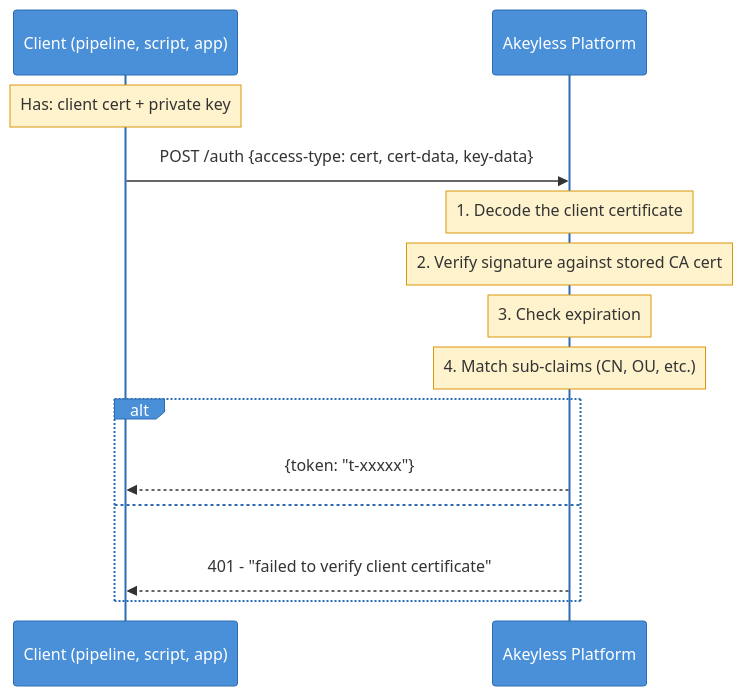
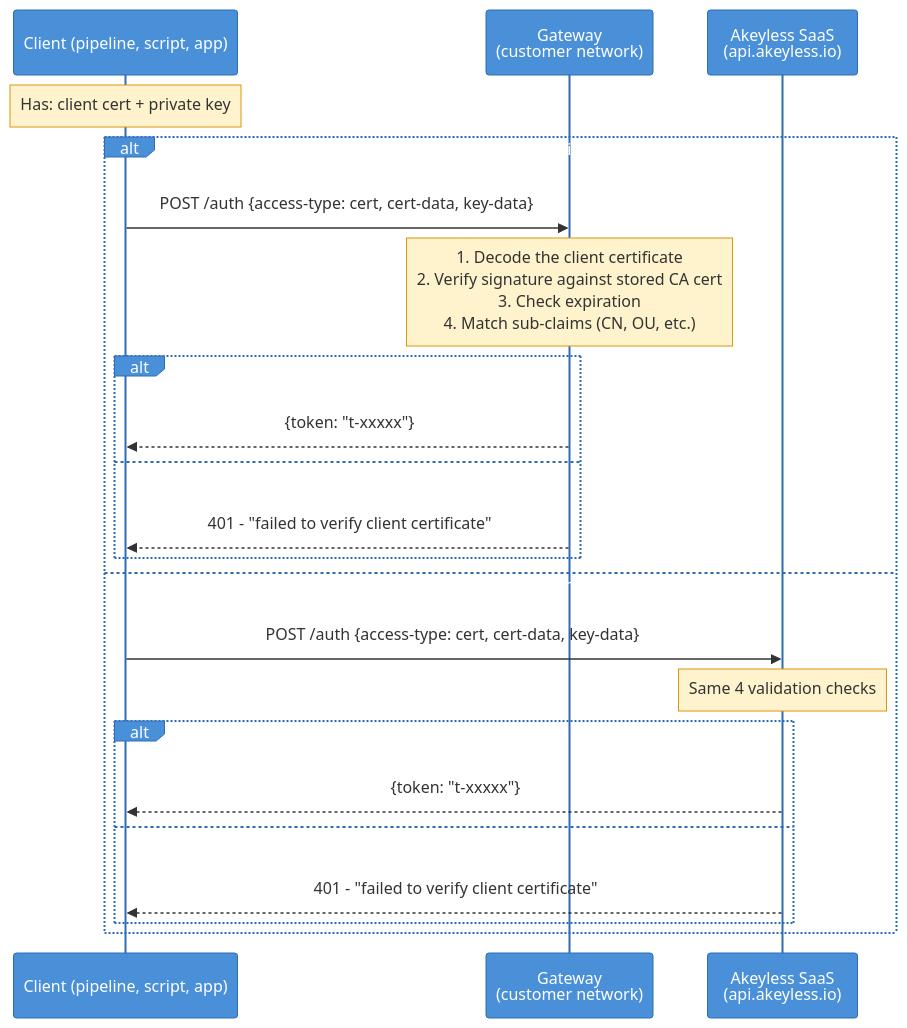
The second of 6 diagrams in README.md (Fahmy-Kadiri-akl/akeyless-certificate-auth), drawn with Mermaid before and after one commit. The commit also changed other lines of this file, not shown here.

Commit message:
Add Gateway to the auth flow diagram in How Certificate Auth Works

````diff
--- a/README.md
+++ b/README.md
@@ -69,33 +69,39 @@
 ```mermaid
 ---
 config:
   look: handDrawn
   theme: base
   themeVariables:
     actorBkg: "#4A90D9"
     actorTextColor: "#fff"
     actorBorder: "#2D6CB4"
     signalColor: "#333"
     noteBkgColor: "#FFF3CD"
     noteBorderColor: "#D9960A"
     noteTextColor: "#333"
 ---
 sequenceDiagram
     participant Client as Client (pipeline, script, app)
-    participant AKL as Akeyless Platform
+    participant GW as Gateway<br/>(customer network)
+    participant AKL as Akeyless SaaS<br/>(api.akeyless.io)
 
     Note over Client: Has: client cert + private key
 
-    Client->>AKL: POST /auth {access-type: cert, cert-data, key-data}
-
-    Note over AKL: 1. Decode the client certificate
-    Note over AKL: 2. Verify signature against stored CA cert
-    Note over AKL: 3. Check expiration
-    Note over AKL: 4. Match sub-claims (CN, OU, etc.)
-
-    alt Validation passes
-        AKL-->>Client: {token: "t-xxxxx"}
-    else Validation fails
-        AKL-->>Client: 401 - "failed to verify client certificate"
+    alt Authenticate via Gateway (internal clients)
+        Client->>GW: POST /auth {access-type: cert, cert-data, key-data}
+        Note over GW: 1. Decode the client certificate<br/>2. Verify signature against stored CA cert<br/>3. Check expiration<br/>4. Match sub-claims (CN, OU, etc.)
+        alt Validation passes
+            GW-->>Client: {token: "t-xxxxx"}
+        else Validation fails
+            GW-->>Client: 401 - "failed to verify client certificate"
+        end
+    else Authenticate via SaaS (external clients)
+        Client->>AKL: POST /auth {access-type: cert, cert-data, key-data}
+        Note over AKL: Same 4 validation checks
+        alt Validation passes
+            AKL-->>Client: {token: "t-xxxxx"}
+        else Validation fails
+            AKL-->>Client: 401 - "failed to verify client certificate"
+        end
     end
 ```
````
